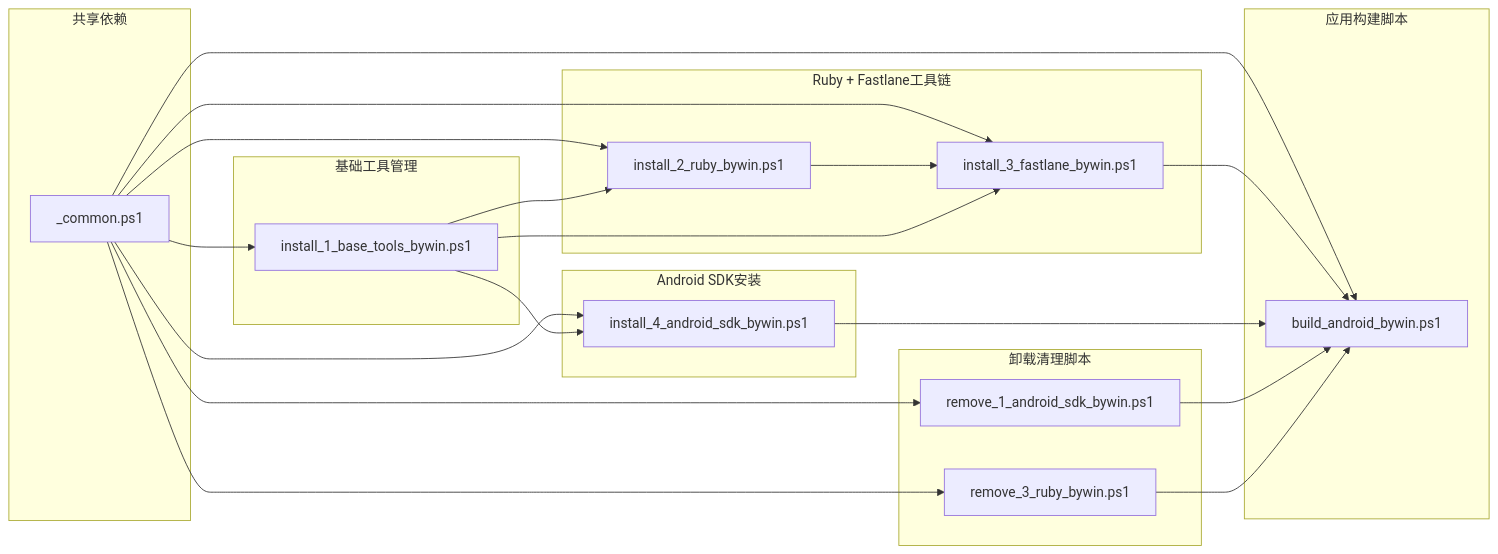
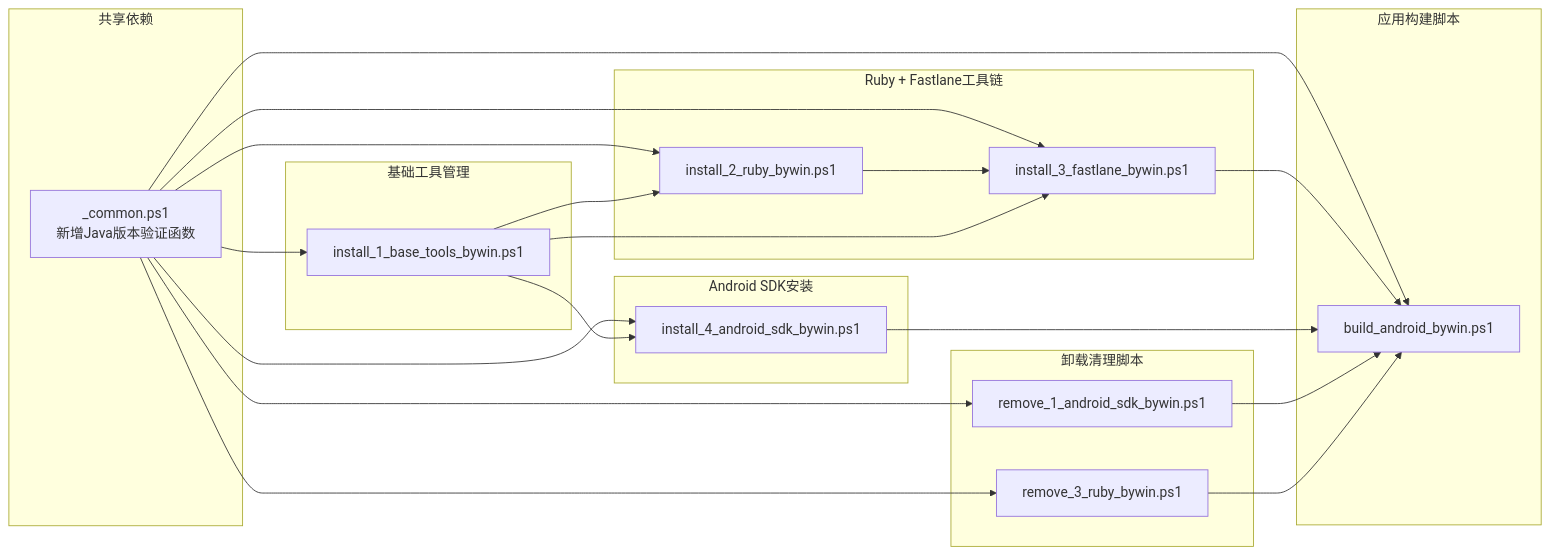
The eighth of 8 diagrams in .qoder/repowiki/zh/content/构建与部署/Windows PowerShell自动化.md (tea4go/Macro-Deck-Client-App), drawn with Mermaid before and after one commit. The commit also changed other lines of this file and 23 other files, not shown here.

````diff
--- a/.qoder/repowiki/zh/content/构建与部署/Windows PowerShell自动化.md
+++ b/.qoder/repowiki/zh/content/构建与部署/Windows PowerShell自动化.md
@@ -603,38 +646,38 @@
 ```mermaid
 graph LR
 subgraph "共享依赖"
-Common[_common.ps1]
+Common[_common.ps1<br/>新增Java版本验证函数]
 end
 subgraph "基础工具管理"
 BaseTools[install_1_base_tools_bywin.ps1]
 end
 subgraph "Ruby + Fastlane工具链"
 InstallRuby[install_2_ruby_bywin.ps1]
 InstallFastlane[install_3_fastlane_bywin.ps1]
 end
 subgraph "Android SDK安装"
 InstallSDK[install_4_android_sdk_bywin.ps1]
 end
 subgraph "应用构建脚本"
 BuildAndroid[build_android_bywin.ps1]
 end
 subgraph "卸载清理脚本"
 RemoveSDK[remove_1_android_sdk_bywin.ps1]
 RemoveRuby[remove_3_ruby_bywin.ps1]
 end
 Common --> BaseTools
 Common --> InstallRuby
 Common --> InstallFastlane
 Common --> InstallSDK
 Common --> BuildAndroid
 Common --> RemoveSDK
 Common --> RemoveRuby
 InstallRuby --> InstallFastlane
 InstallFastlane --> BuildAndroid
 InstallSDK --> BuildAndroid
 RemoveSDK --> BuildAndroid
 RemoveRuby --> BuildAndroid
 BaseTools --> InstallRuby
 BaseTools --> InstallFastlane
 BaseTools --> InstallSDK
 ```
````
